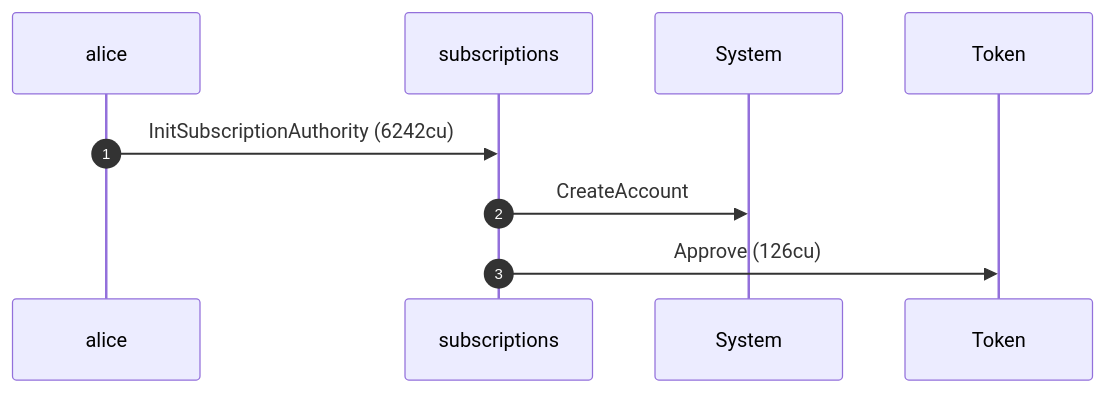
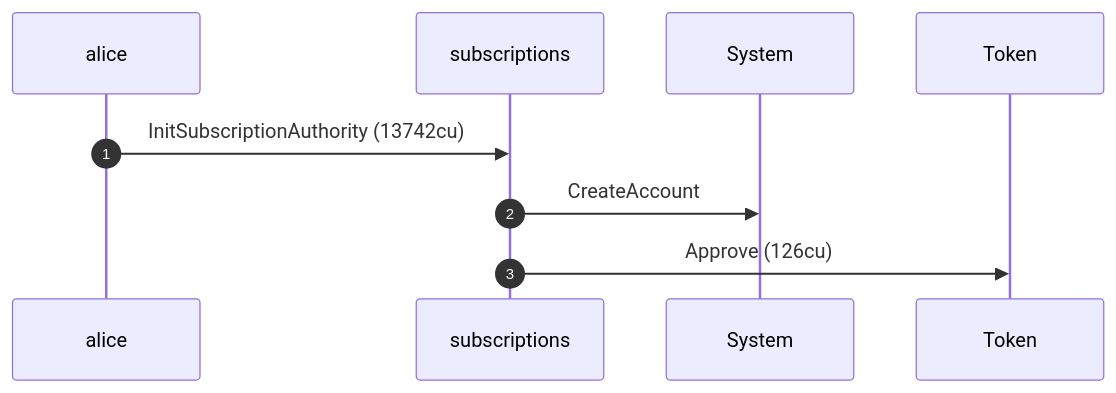
The first of 8 diagrams in dsl_tests/subscribe-without-an-authority.md (cds-rs/subscriptions), drawn with Mermaid before and after one commit. The commit also changed other lines of this file and 224 other files, not shown here.

````diff
--- a/dsl_tests/subscribe-without-an-authority.md
+++ b/dsl_tests/subscribe-without-an-authority.md
@@ -24,11 +25,11 @@
 ```mermaid
 sequenceDiagram
     autonumber
     participant alice
     participant subscriptions
     participant System
     participant Token
-    alice ->> subscriptions: InitSubscriptionAuthority (6242cu)
+    alice ->> subscriptions: InitSubscriptionAuthority (13742cu)
     subscriptions ->> System: CreateAccount
     subscriptions ->> Token: Approve (126cu)
 ```
````
